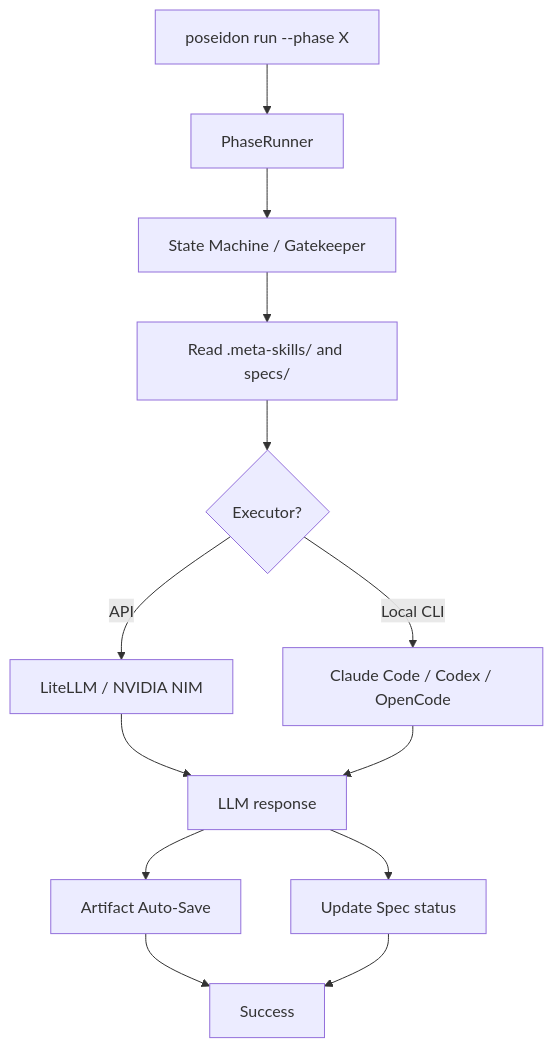
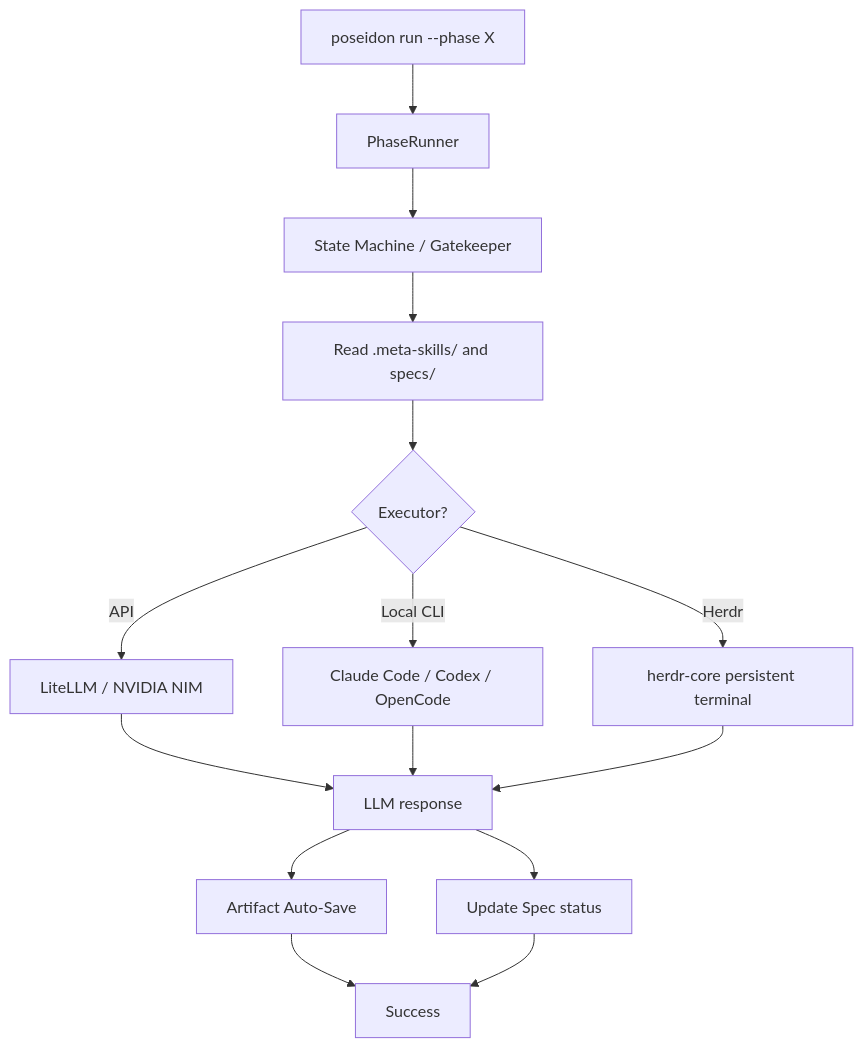
The diagram in README.md (MrErov/poseidon-agent), drawn with Mermaid before and after one commit. The commit also changed other lines of this file and 12 other files, not shown here.

````diff
--- a/README.md
+++ b/README.md
@@ -45,15 +45,17 @@
 ```mermaid
 graph TD
     CLI[poseidon run --phase X] --> Runner[PhaseRunner]
     Runner --> StateMachine[State Machine / Gatekeeper]
     StateMachine --> ColdMemory[Read .meta-skills/ and specs/]
     ColdMemory --> Decision{Executor?}
     Decision -- API --> LiteLLM[LiteLLM / NVIDIA NIM]
     Decision -- Local CLI --> Subprocess[Claude Code / Codex / OpenCode]
+    Decision -- Herdr --> HerdrCore[herdr-core persistent terminal]
     LiteLLM --> Result[LLM response]
     Subprocess --> Result
+    HerdrCore --> Result
     Result --> AutoSave[Artifact Auto-Save]
     Result --> SpecUpdate[Update Spec status]
     AutoSave --> Done[Success]
     SpecUpdate --> Done
 ```
````
